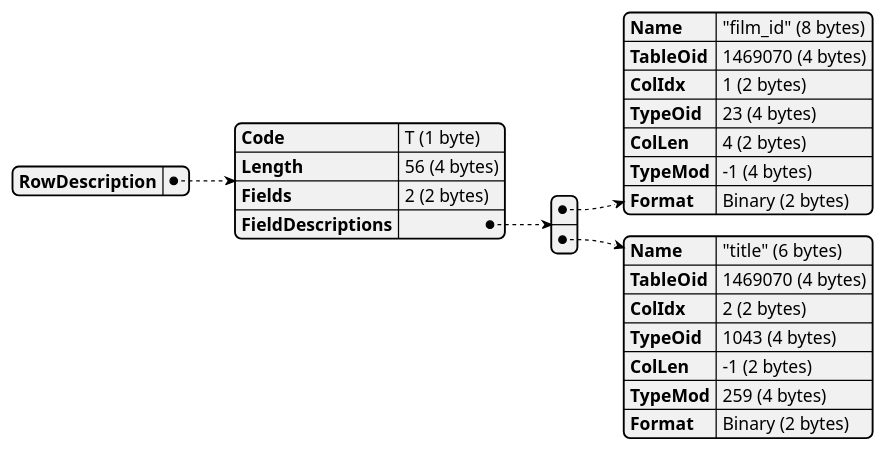
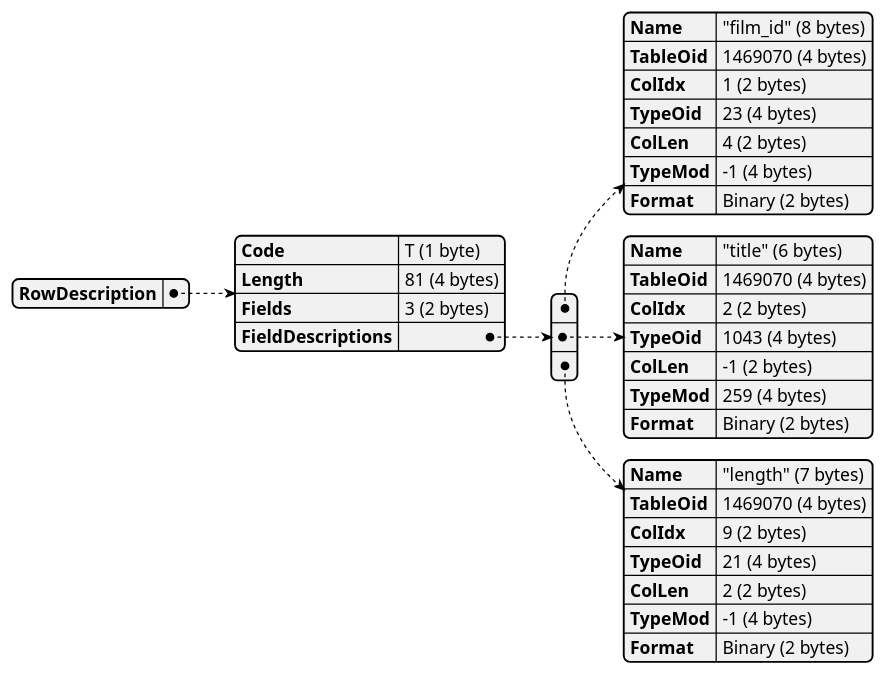
Before and after one commit to xfischer/pg_protoexport: the eighth of 11 diagrams in docs/examples/exports/pagila-07-execute-with-maxrows-0-portalsuspended/capture.plantuml.pkt.md, drawn with PlantUML. The commit also changed other lines of this file and 135 other files, not shown here.

````diff
--- a/docs/examples/exports/pagila-07-execute-with-maxrows-0-portalsuspended/capture.plantuml.pkt.md
+++ b/docs/examples/exports/pagila-07-execute-with-maxrows-0-portalsuspended/capture.plantuml.pkt.md
@@ -99,31 +117,40 @@
 ```plantuml
 @startjson
 {
   "RowDescription": {
     "Code": "T (1 byte)",
-    "Length": "56 (4 bytes)",
-    "Fields": "2 (2 bytes)",
+    "Length": "81 (4 bytes)",
+    "Fields": "3 (2 bytes)",
     "FieldDescriptions": [
       {
         "Name": "\"film_id\" (8 bytes)",
         "TableOid": "1469070 (4 bytes)",
         "ColIdx": "1 (2 bytes)",
         "TypeOid": "23 (4 bytes)",
         "ColLen": "4 (2 bytes)",
         "TypeMod": "-1 (4 bytes)",
         "Format": "Binary (2 bytes)"
       },
       {
         "Name": "\"title\" (6 bytes)",
         "TableOid": "1469070 (4 bytes)",
         "ColIdx": "2 (2 bytes)",
         "TypeOid": "1043 (4 bytes)",
         "ColLen": "-1 (2 bytes)",
         "TypeMod": "259 (4 bytes)",
         "Format": "Binary (2 bytes)"
+      },
+      {
+        "Name": "\"length\" (7 bytes)",
+        "TableOid": "1469070 (4 bytes)",
+        "ColIdx": "9 (2 bytes)",
+        "TypeOid": "21 (4 bytes)",
+        "ColLen": "2 (2 bytes)",
+        "TypeMod": "-1 (4 bytes)",
+        "Format": "Binary (2 bytes)"
       }
     ]
   }
 }
 @endjson
 ```
````
